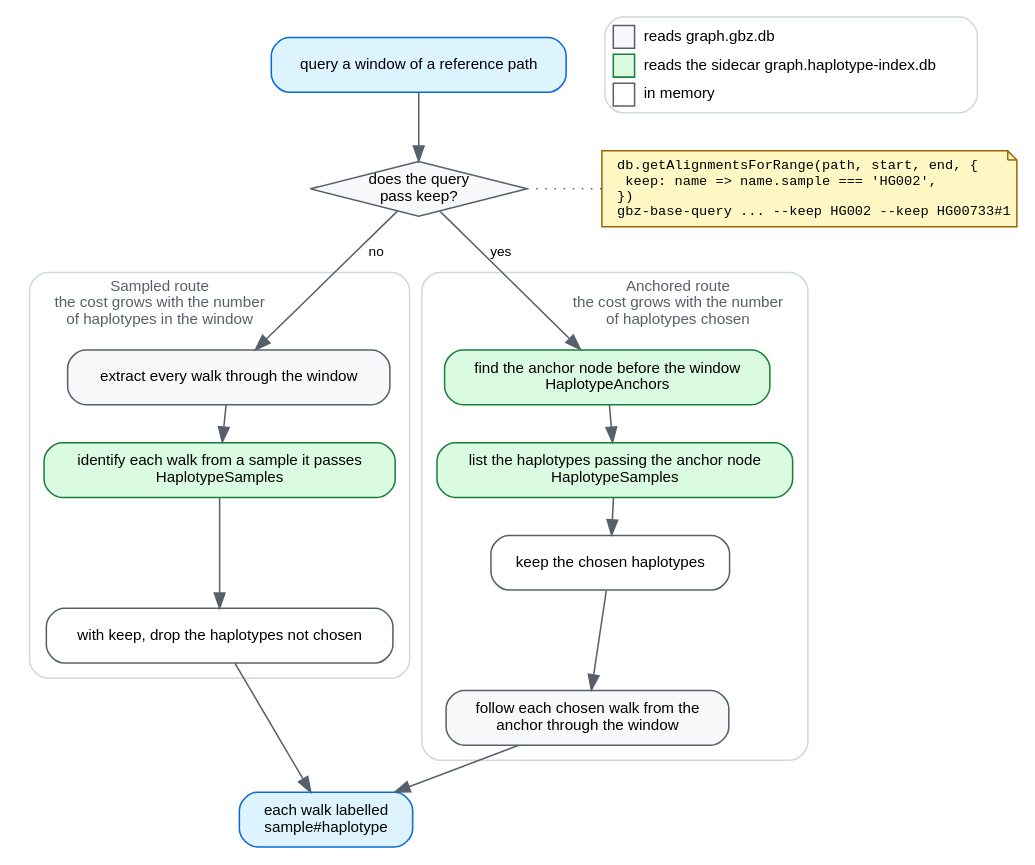
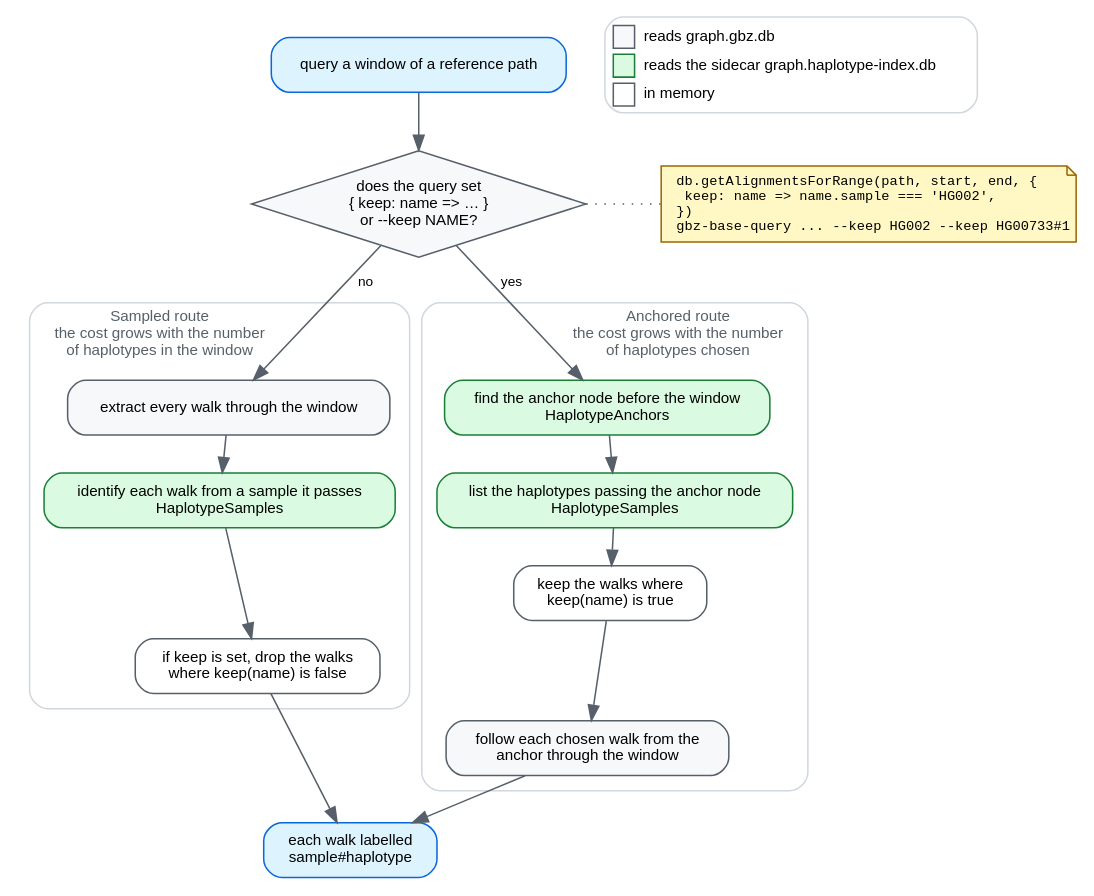
One commit to GMOD/gbz-base-js changed the diagram in docs/img/naming-routes.dot. Above: the diagram before and after it, drawn with Graphviz. The commit also changed 2 other files, not shown here.

Commit message:
Docs: spell out the keep option in the naming-route diagrams
The diagrams said "a query that passes keep", which reads as a verb. They
now show the option itself, { keep: name => … } or --keep NAME, and say
what the predicate decides: which walks keep(name) accepts.

```diff
--- a/docs/img/naming-routes.dot
+++ b/docs/img/naming-routes.dot
@@ -1,74 +1,74 @@
 // Source for docs/img/naming-routes.svg, which docs/haplotype-index.md embeds.
 // Regenerate with: dot -Tsvg docs/img/naming-routes.dot -o docs/img/naming-routes.svg
 // Palette matches dataflow.dot.
 //
 // Main paths only. The anchored route's two fallbacks (a chosen haplotype
 // missing from the anchor, a walk that never reaches the window) are prose in
 // haplotype-index.md; drawn, their dashed edges crossed both clusters and
 // buried the choice the diagram exists to show.
 digraph namingroutes {
   rankdir=TB
   bgcolor="white"
   nodesep=0.35
   ranksep=0.32
   newrank=true
   node [shape=box style="filled,rounded" fillcolor="#f6f8fa" color="#57606a"
         fontname="Helvetica" fontsize=10 margin="0.14,0.07"]
   edge [color="#57606a" fontname="Helvetica" fontsize=9]
 
   query  [label="query a window of a reference path" fillcolor="#ddf4ff" color="#0969da"]
-  choose [label="does the query\npass keep?" shape=diamond style=filled margin="0.02,0.02"]
+  choose [label="does the query set\n{ keep: name => … }\nor --keep NAME?" shape=diamond style=filled margin="0.02,0.02"]
   how    [label="db.getAlignmentsForRange(path, start, end, {\l  keep: name => name.sample === 'HG002',\l})\lgbz-base-query ... --keep HG002 --keep HG00733#1\l"
           shape=note fontname="Courier" fontsize=9 fillcolor="#fff8c5" color="#9a6700"]
   { rank=same; choose; how }
   choose -> how [style=dotted arrowhead=none]
   out    [label="each walk labelled\nsample#haplotype" fillcolor="#ddf4ff" color="#0969da"]
 
   legend [shape=plaintext style="" margin=0 label=<
     <table border="1" color="#d0d7de" cellborder="0" cellspacing="4" cellpadding="2" style="rounded">
       <tr><td border="1" bgcolor="#f6f8fa" color="#57606a" width="14"></td><td align="left">reads graph.gbz.db</td></tr>
       <tr><td border="1" bgcolor="#dafbe1" color="#1a7f37" width="14"></td><td align="left">reads the sidecar graph.haplotype-index.db</td></tr>
       <tr><td border="1" bgcolor="white" color="#57606a" width="14"></td><td align="left">in memory</td></tr>
     </table>>]
   { rank=same; query; legend }
 
   query -> choose
 
   subgraph cluster_sampled {
     label="Sampled route\nthe cost grows with the number\nof haplotypes in the window"
     labelloc="t"
     labeljust="l"
     fontname="Helvetica"
     fontsize=10
     fontcolor="#57606a"
     color="#d0d7de"
     style="rounded"
     margin=10
     s1 [label="extract every walk through the window"]
     s2 [label="identify each walk from a sample it passes\nHaplotypeSamples" fillcolor="#dafbe1" color="#1a7f37"]
-    s3 [label="with keep, drop the haplotypes not chosen" fillcolor="white"]
+    s3 [label="if keep is set, drop the walks\nwhere keep(name) is false" fillcolor="white"]
     s1 -> s2 -> s3
   }
 
   subgraph cluster_anchored {
     label="Anchored route\nthe cost grows with the number\nof haplotypes chosen"
     labelloc="t"
     labeljust="r"
     fontname="Helvetica"
     fontsize=10
     fontcolor="#57606a"
     color="#d0d7de"
     style="rounded"
     margin=10
     a1 [label="find the anchor node before the window\nHaplotypeAnchors" fillcolor="#dafbe1" color="#1a7f37"]
     a2 [label="list the haplotypes passing the anchor node\nHaplotypeSamples" fillcolor="#dafbe1" color="#1a7f37"]
-    a2b [label="keep the chosen haplotypes" fillcolor="white"]
+    a2b [label="keep the walks where\nkeep(name) is true" fillcolor="white"]
     a3 [label="follow each chosen walk from the\nanchor through the window"]
     a1 -> a2 -> a2b -> a3
   }
 
   choose -> s1 [label=" no "]
   choose -> a1 [label=" yes "]
   s3 -> out
   a3 -> out
 }
```
